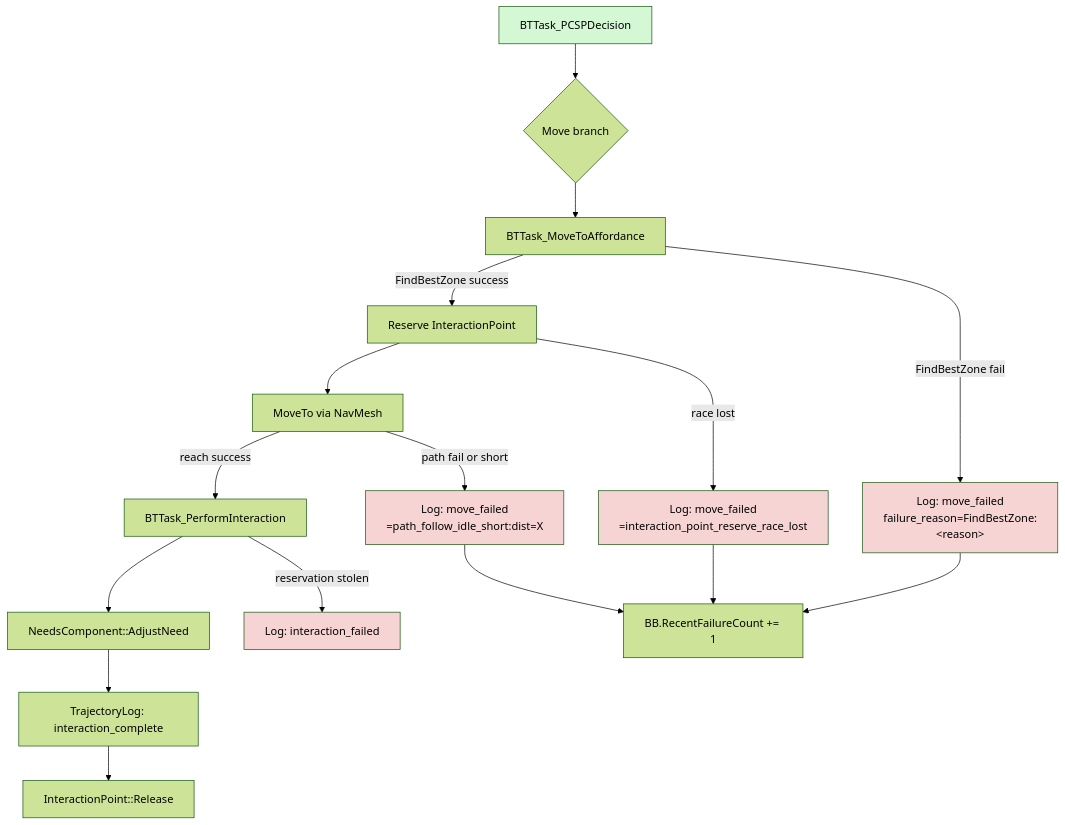
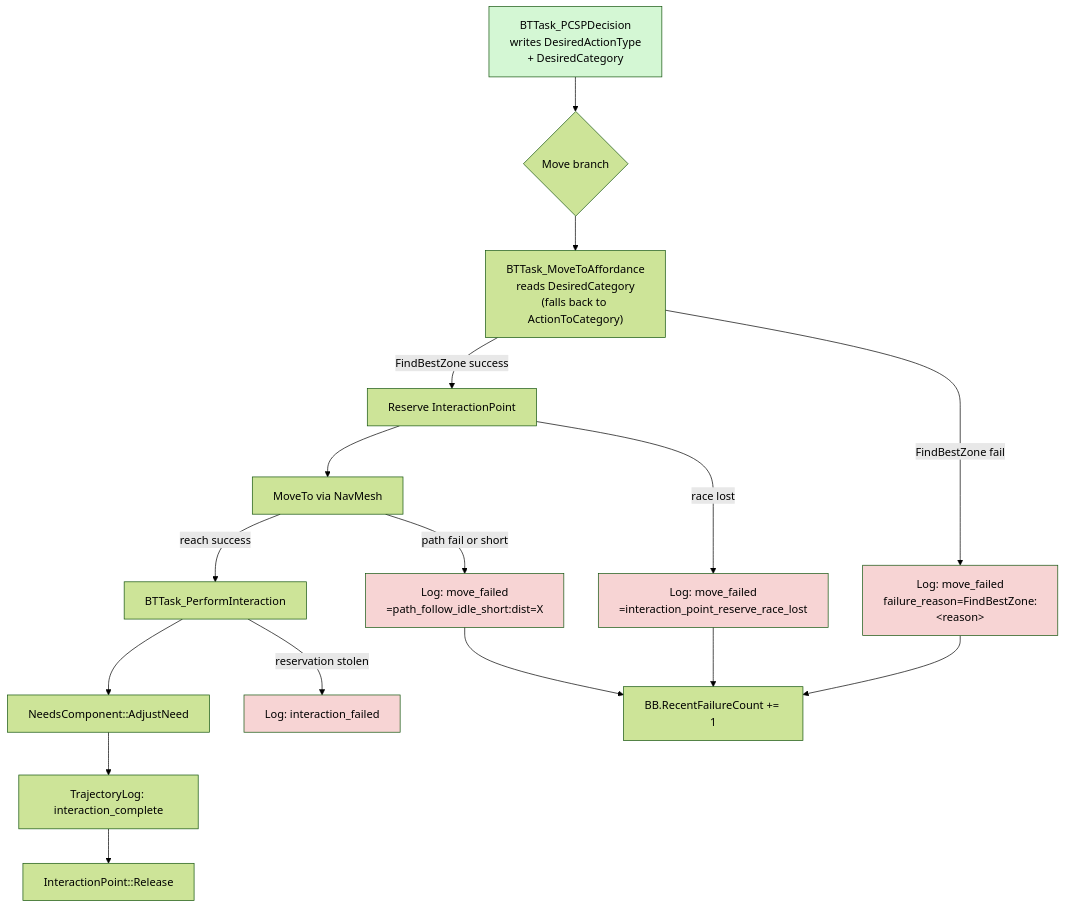
One commit to yoosunghong/pcsp changed the third of 5 diagrams in ue/cnzoi/docs/portfolio/diagrams.md. Above: the diagram before and after it, drawn with Mermaid (forest theme). The commit also changed other lines of this file and 276 other files, not shown here.

````diff
--- a/ue/cnzoi/docs/portfolio/diagrams.md
+++ b/ue/cnzoi/docs/portfolio/diagrams.md
@@ -93,24 +97,24 @@
 ```mermaid
 flowchart TD
-    Dec[BTTask_PCSPDecision]:::done --> Mov{Move branch}
-    Mov --> Mta[BTTask_MoveToAffordance]
+    Dec["BTTask_PCSPDecision<br/>writes DesiredActionType<br/>+ DesiredCategory"]:::done --> Mov{Move branch}
+    Mov --> Mta["BTTask_MoveToAffordance<br/>reads DesiredCategory<br/>(falls back to ActionToCategory)"]
     Mta -->|FindBestZone success| Reserve[Reserve InteractionPoint]
     Reserve --> Path[MoveTo via NavMesh]
     Path -->|reach success| Perf[BTTask_PerformInteraction]
     Perf --> NeedRestore[NeedsComponent::AdjustNeed]
     NeedRestore --> Log1[TrajectoryLog: interaction_complete]
     Log1 --> Release[InteractionPoint::Release]
 
     Mta -->|FindBestZone fail| Fail1[Log: move_failed<br/>failure_reason=FindBestZone:&lt;reason&gt;]
     Reserve -->|race lost| Fail2[Log: move_failed<br/>=interaction_point_reserve_race_lost]
     Path -->|path fail or short| Fail3[Log: move_failed<br/>=path_follow_idle_short:dist=X]
     Perf -->|reservation stolen| Fail4[Log: interaction_failed]
 
     Fail1 --> Inc[BB.RecentFailureCount += 1]
     Fail2 --> Inc
     Fail3 --> Inc
 
     classDef done fill:#d4f7d4
     classDef fail fill:#f7d4d4
     class Fail1,Fail2,Fail3,Fail4 fail
 ```
````
